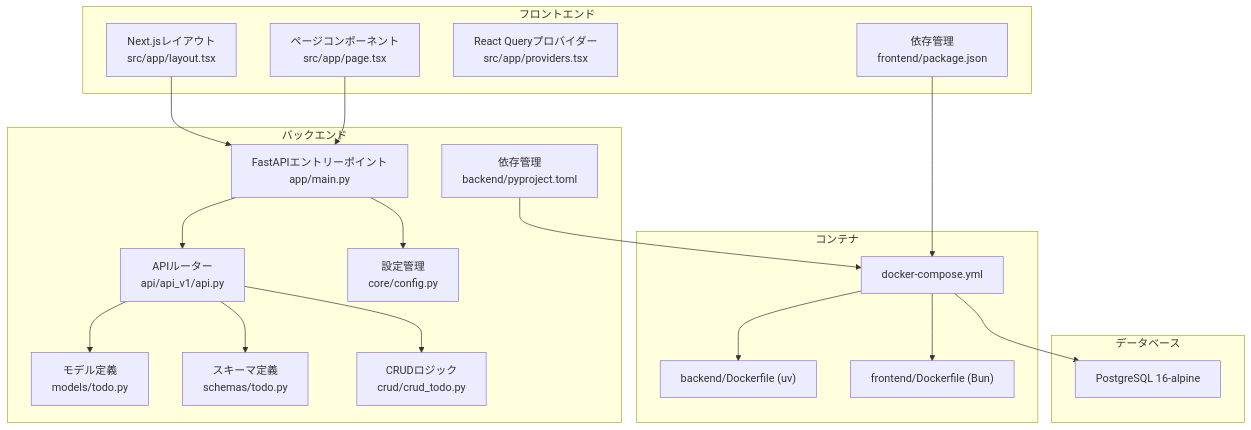
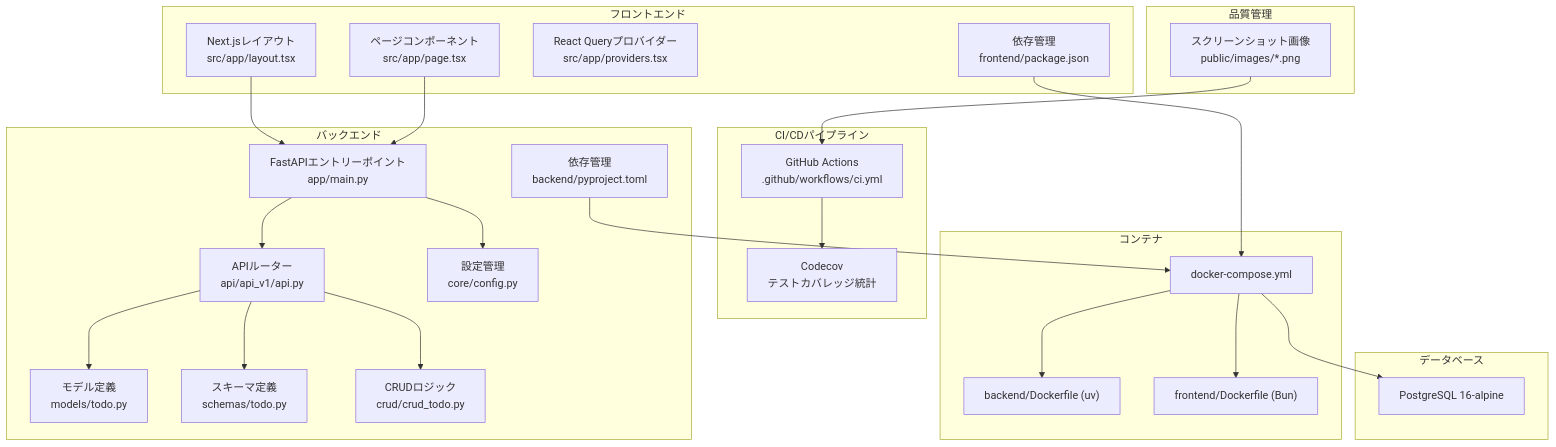
Before and after one commit to ss8806/Todos: the first of 7 diagrams in .qoder/repowiki/ja/content/プロジェクト概要.md, drawn with Mermaid. The commit also changed other lines of this file and 17 other files, not shown here.

````diff
--- a/.qoder/repowiki/ja/content/プロジェクト概要.md
+++ b/.qoder/repowiki/ja/content/プロジェクト概要.md
@@ -49,38 +61,47 @@
 ```mermaid
 graph TB
 subgraph "バックエンド"
 BE_MAIN["FastAPIエントリーポイント<br/>app/main.py"]
 BE_ROUTER["APIルーター<br/>api/api_v1/api.py"]
 BE_MODELS["モデル定義<br/>models/todo.py"]
 BE_SCHEMAS["スキーマ定義<br/>schemas/todo.py"]
 BE_CRUD["CRUDロジック<br/>crud/crud_todo.py"]
 BE_CONF["設定管理<br/>core/config.py"]
 BE_PKG["依存管理<br/>backend/pyproject.toml"]
 end
 subgraph "フロントエンド"
 FE_LAYOUT["Next.jsレイアウト<br/>src/app/layout.tsx"]
 FE_PAGE["ページコンポーネント<br/>src/app/page.tsx"]
 FE_PROVIDERS["React Queryプロバイダー<br/>src/app/providers.tsx"]
 FE_PKG["依存管理<br/>frontend/package.json"]
 end
+subgraph "CI/CDパイプライン"
+GHA["GitHub Actions<br/>.github/workflows/ci.yml"]
+CODECOV["Codecov<br/>テストカバレッジ統計"]
+end
 subgraph "コンテナ"
 DC["docker-compose.yml"]
 D_B["backend/Dockerfile (uv)"]
 D_F["frontend/Dockerfile (Bun)"]
 end
 subgraph "データベース"
 DB["PostgreSQL 16-alpine"]
+end
+subgraph "品質管理"
+SCREENSHOTS["スクリーンショット画像<br/>public/images/*.png"]
 end
 FE_LAYOUT --> BE_MAIN
 FE_PAGE --> BE_MAIN
 BE_MAIN --> BE_ROUTER
 BE_ROUTER --> BE_MODELS
 BE_ROUTER --> BE_SCHEMAS
 BE_ROUTER --> BE_CRUD
 BE_MAIN --> BE_CONF
 DC --> D_B
 DC --> D_F
 DC --> DB
 BE_PKG --> DC
 FE_PKG --> DC
+GHA --> CODECOV
+SCREENSHOTS --> GHA
 ```
````
